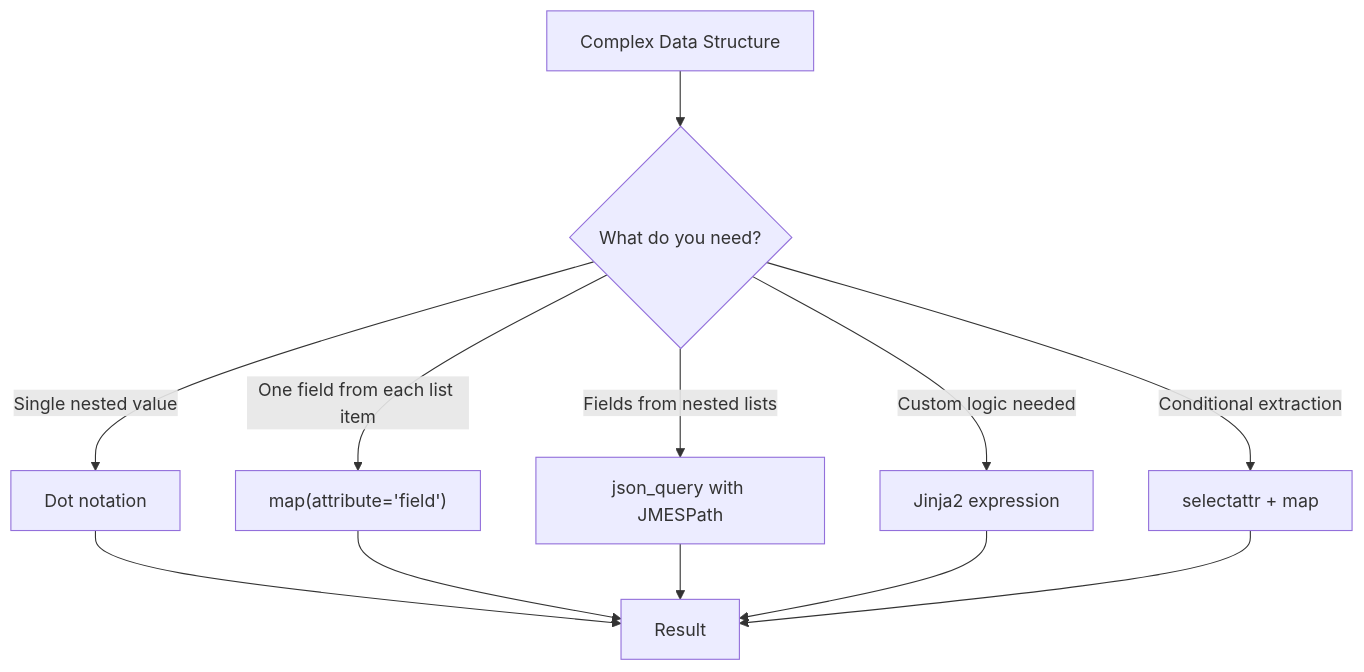
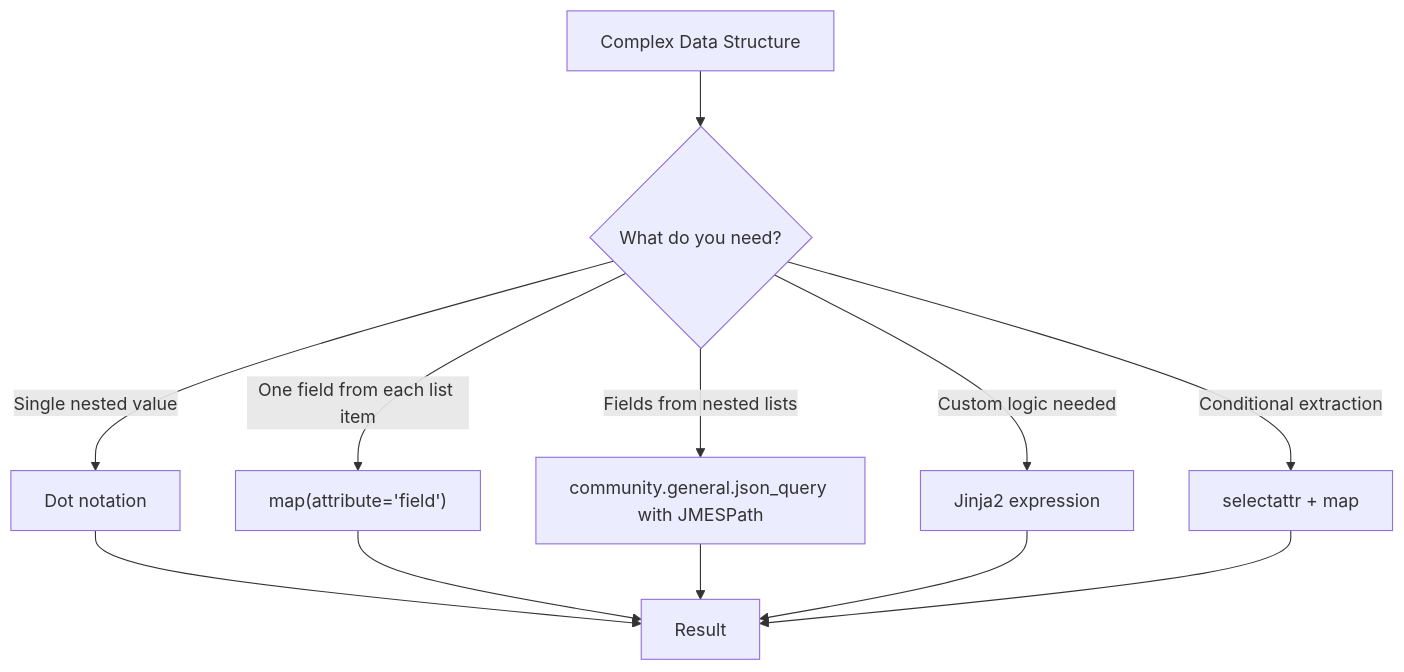
One commit to OneUptime/blog changed the diagram in posts/2026-02-21-how-to-extract-specific-fields-from-complex-data-in-ansible/README.md. Above: the diagram before and after it, drawn with Mermaid. The commit also changed other lines of this file and 2 other files, not shown here.

Commit message:
validate: 2026-02-21-how-to-extract-specific-fields-from-complex-data-in-ansible

````diff
--- a/posts/2026-02-21-how-to-extract-specific-fields-from-complex-data-in-ansible/README.md
+++ b/posts/2026-02-21-how-to-extract-specific-fields-from-complex-data-in-ansible/README.md
@@ -204,14 +207,14 @@
 ```mermaid
 graph TD
     A[Complex Data Structure] --> B{What do you need?}
     B -->|Single nested value| C[Dot notation]
     B -->|One field from each list item| D["map(attribute='field')"]
-    B -->|Fields from nested lists| E["json_query with JMESPath"]
+    B -->|Fields from nested lists| E["community.general.json_query with JMESPath"]
     B -->|Custom logic needed| F[Jinja2 expression]
     B -->|Conditional extraction| G["selectattr + map"]
     C --> H[Result]
     D --> H
     E --> H
     F --> H
     G --> H
 ```
````
